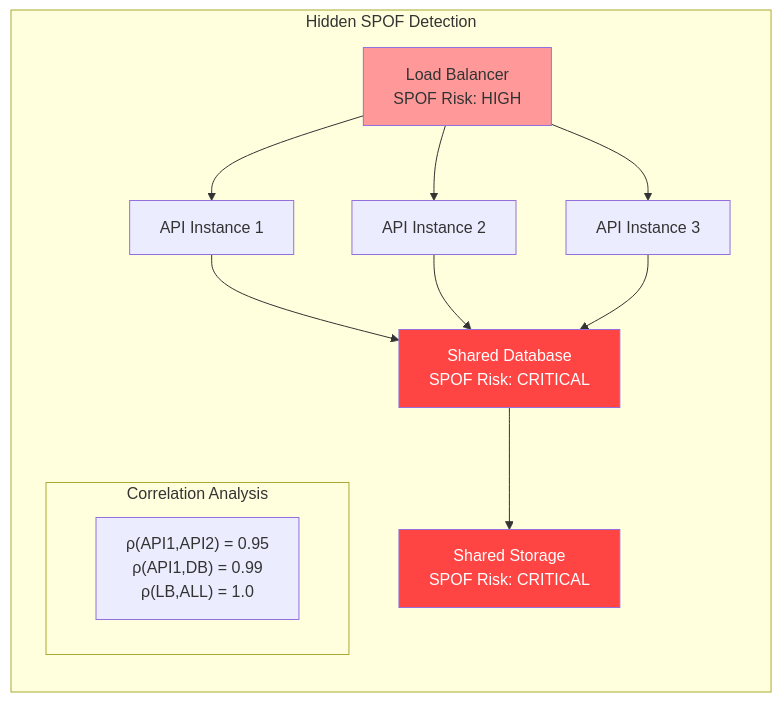
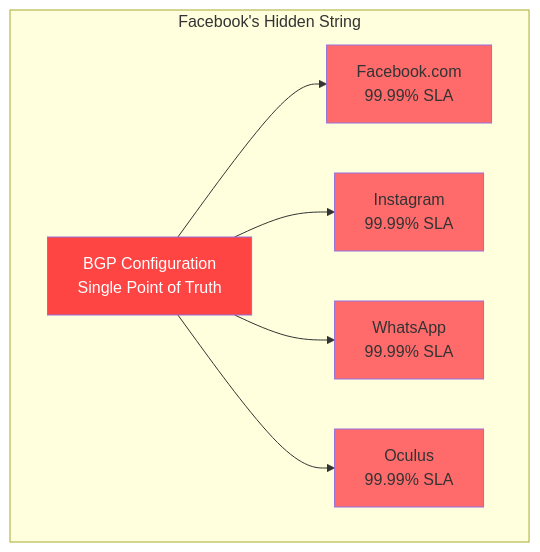
One commit to deepaucksharma/DStudio changed the second of 4 diagrams in docs/core-principles/laws/correlated-failure.md. Above: the diagram before and after it, drawn with Mermaid. The commit also changed other lines of this file and 498 other files, not shown here.

First line of the commit message:
feat: comprehensive knowledge graph quality improvements

````diff
--- a/docs/core-principles/laws/correlated-failure.md
+++ b/docs/core-principles/laws/correlated-failure.md
@@ -257,23 +135,22 @@
 ```mermaid
-flowchart TD
-    subgraph "Hidden SPOF Detection"
-        direction TB
-        LB[Load Balancer<br/>SPOF Risk: HIGH] --> API1[API Instance 1]
-        LB --> API2[API Instance 2]
-        LB --> API3[API Instance 3]
+graph TB
+    subgraph "Facebook's Hidden String"
+        BGP[BGP Configuration<br/>Single Point of Truth]
         
-        API1 --> DB[Shared Database<br/>SPOF Risk: CRITICAL]
-        API2 --> DB
-        API3 --> DB
+        FB[Facebook.com<br/>99.99% SLA]
+        IG[Instagram<br/>99.99% SLA] 
+        WA[WhatsApp<br/>99.99% SLA]
+        OC[Oculus<br/>99.99% SLA]
         
-        DB --> DISK[Shared Storage<br/>SPOF Risk: CRITICAL]
+        BGP --> FB
+        BGP --> IG  
+        BGP --> WA
+        BGP --> OC
         
-        subgraph "Correlation Analysis"
-            CA["ρ(API1,API2) = 0.95<br/>ρ(API1,DB) = 0.99<br/>ρ(LB,ALL) = 1.0"]
-        end
-        
-        style LB fill:#ff9999
-        style DB fill:#ff4444,color:#fff
-        style DISK fill:#ff4444,color:#fff
+        style BGP fill:#ff4444,color:#fff
+        style FB fill:#ff6b6b
+        style IG fill:#ff6b6b
+        style WA fill:#ff6b6b
+        style OC fill:#ff6b6b
     end
 ```
````
